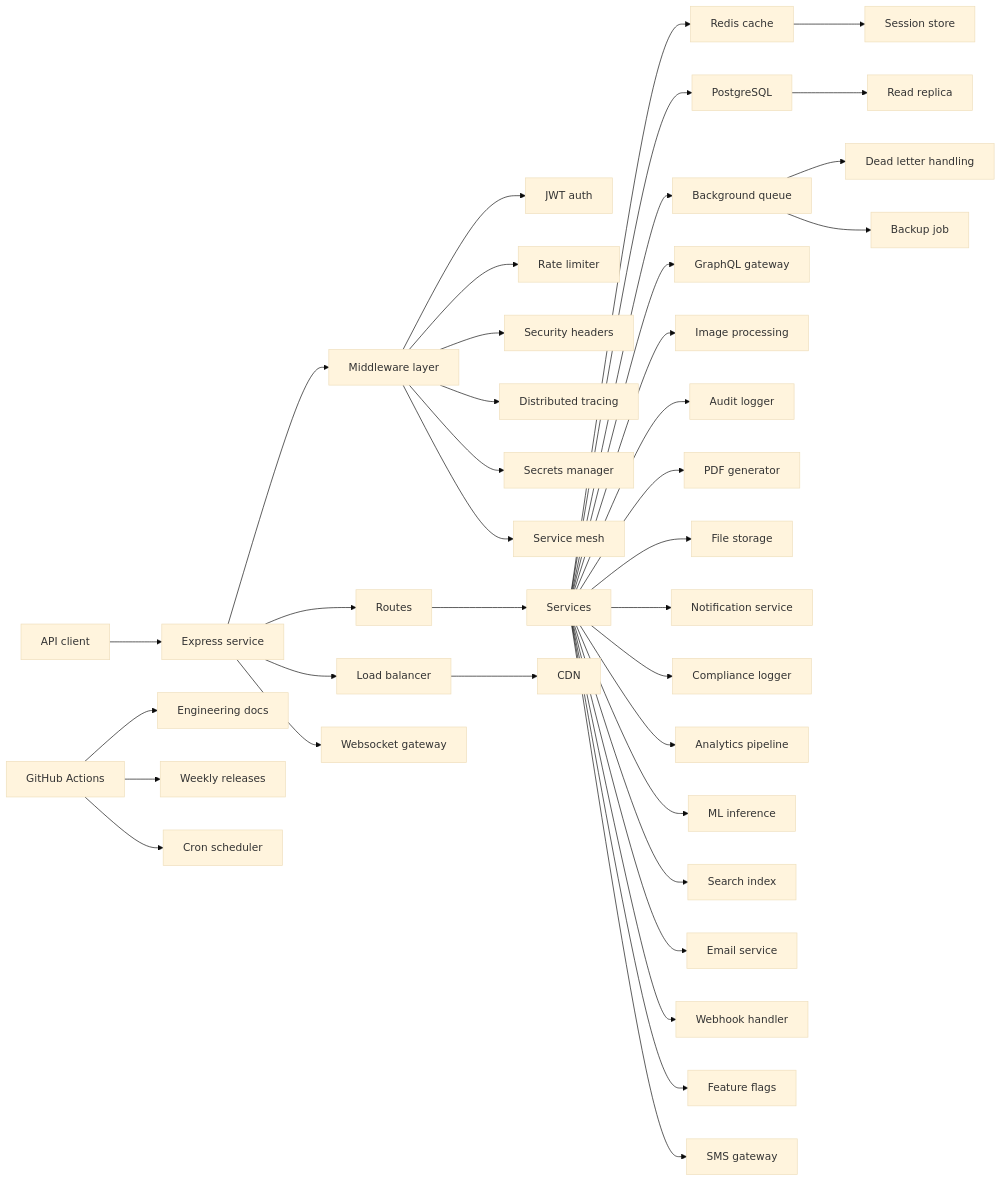
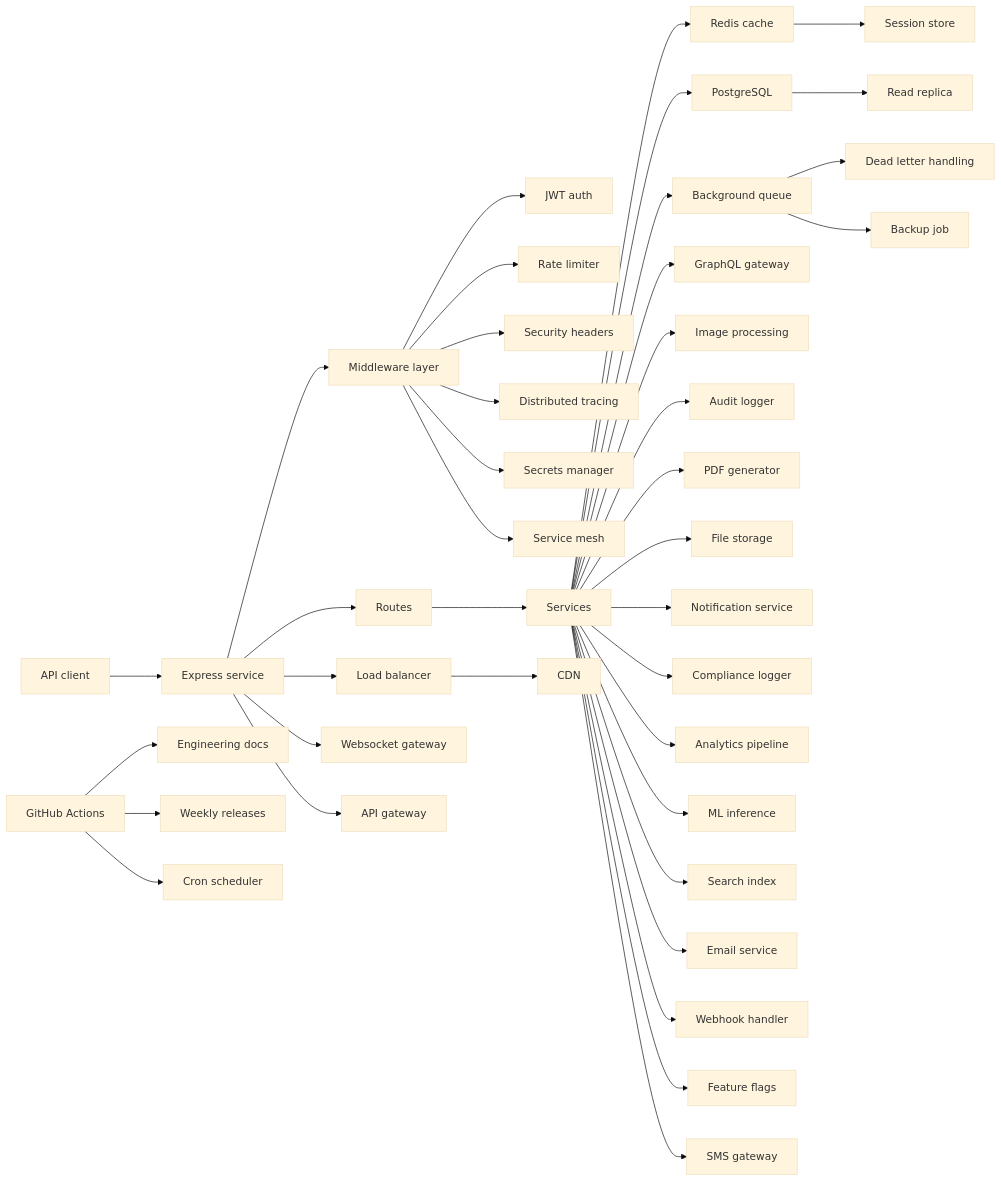
The diagram in README.md (P-r-e-m-i-u-m/Aridon), drawn with Mermaid (base theme) before and after one commit.

Commit message:
docs: grow system snapshot diagram 2026-07-30

````diff
--- a/README.md
+++ b/README.md
@@ -24,40 +24,41 @@
 ```mermaid
 flowchart LR
   Client["API client"] --> Express["Express service"]
   Express --> Middleware["Middleware layer"]
   Middleware --> Auth["JWT auth"]
   Middleware --> RateLimit["Rate limiter"]
   Middleware --> Security["Security headers"]
   Express --> Routes["Routes"]
   Routes --> Services["Services"]
   Services --> Redis["Redis cache"]
   Services --> Postgres["PostgreSQL"]
   Services --> Queue["Background queue"]
   Queue --> DLQ["Dead letter handling"]
   Actions["GitHub Actions"] --> Docs["Engineering docs"]
   Actions --> Releases["Weekly releases"]
   Services --> GraphqlGW["GraphQL gateway"]
   Services --> ImageProcessing["Image processing"]
   Middleware --> Tracing["Distributed tracing"]
   Actions --> CronScheduler["Cron scheduler"]
   Services --> AuditLog["Audit logger"]
   Services --> PdfGenerator["PDF generator"]
   Postgres --> ReadReplica["Read replica"]
   Services --> FileStorage["File storage"]
   Services --> Notifications["Notification service"]
   LoadBalancer --> CDN["CDN"]
   Services --> ComplianceLog["Compliance logger"]
   Middleware --> SecretsManager["Secrets manager"]
   Services --> Analytics["Analytics pipeline"]
   Services --> MLInference["ML inference"]
   Services --> SearchIndex["Search index"]
   Queue --> BackupJob["Backup job"]
   Services --> EmailService["Email service"]
   Services --> WebhookHandler["Webhook handler"]
   Middleware --> ServiceMesh["Service mesh"]
   Services --> FeatureFlags["Feature flags"]
   Express --> LoadBalancer["Load balancer"]
   Redis --> SessionStore["Session store"]
   Services --> SmsGateway["SMS gateway"]
   Express --> WebsocketGW["Websocket gateway"]
+  Express --> Gateway["API gateway"]
 ```
````
